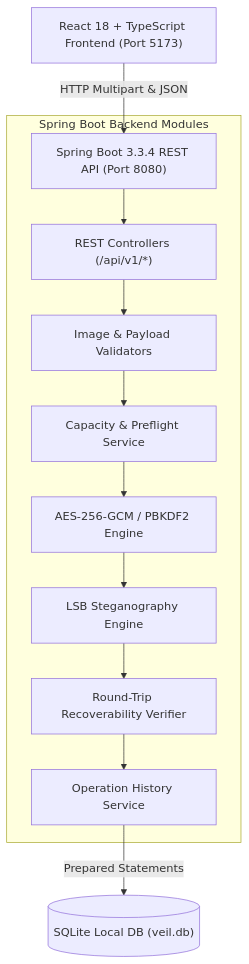
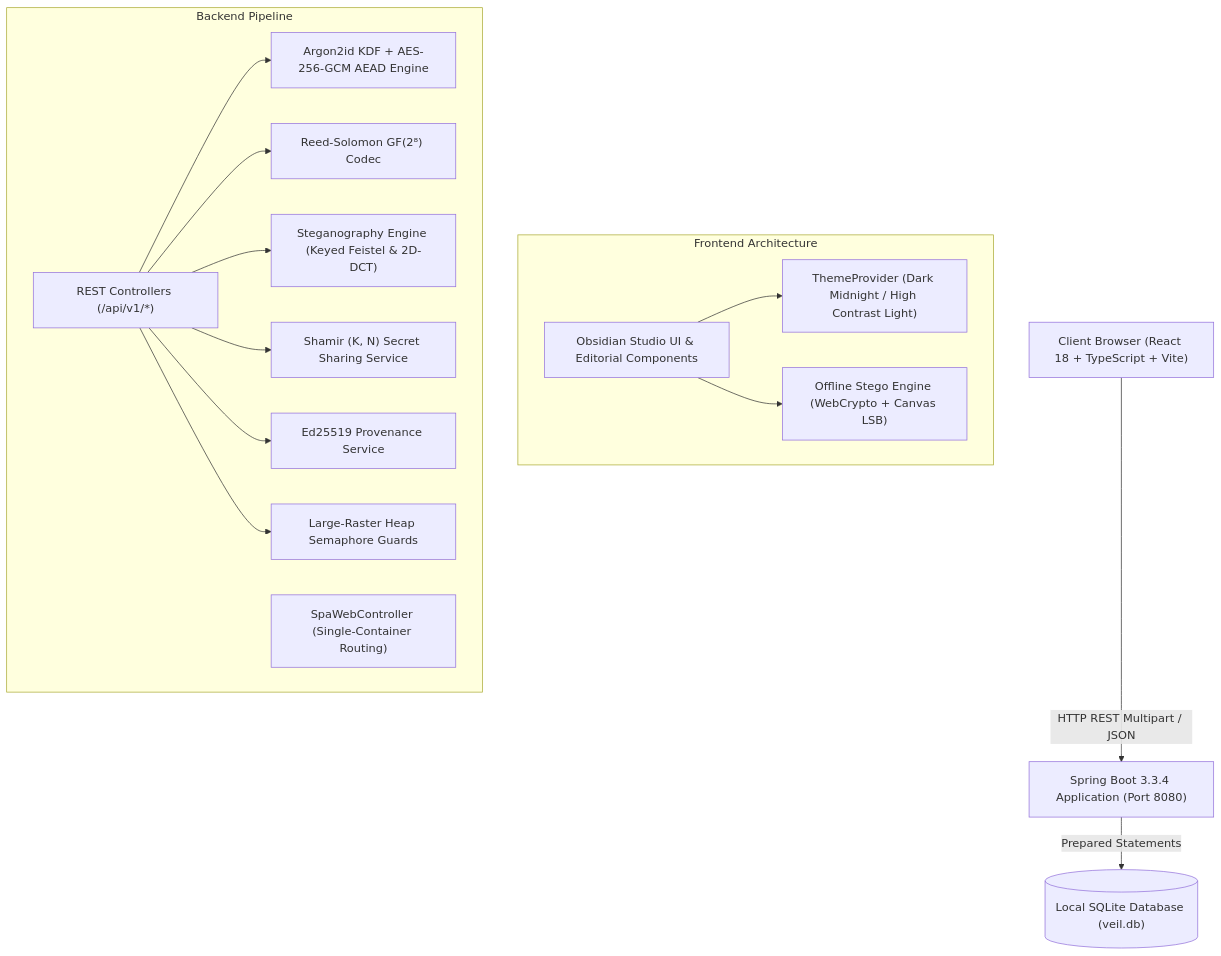
Before and after one commit to Alok-Yadav25/VEIL: the diagram in README.md, drawn with Mermaid. The commit also changed other lines of this file and 140 other files, not shown here.

Commit message:
feat: obsidian-grade privacy studio, dual themes, free cloud deployment, and test suite

````diff
--- a/README.md
+++ b/README.md
@@ -45,19 +141,34 @@
 ```mermaid
 flowchart TD
-    User["React 18 + TypeScript Frontend (Port 5173)"]
-    API["Spring Boot 3.3.4 REST API (Port 8080)"]
+    Client["Client Browser (React 18 + TypeScript + Vite)"]
     
-    User -->|HTTP Multipart & JSON| API
-    
-    subgraph Spring Boot Backend Modules
-        API --> Controller["REST Controllers (/api/v1/*)"]
-        Controller --> Validator["Image & Payload Validators"]
-        Validator --> Capacity["Capacity & Preflight Service"]
-        Capacity --> Crypto["AES-256-GCM / PBKDF2 Engine"]
-        Crypto --> Stego["LSB Steganography Engine"]
-        Stego --> Verify["Round-Trip Recoverability Verifier"]
-        Verify --> History["Operation History Service"]
+    subgraph Frontend Architecture
+        UI["Obsidian Studio UI & Editorial Components"]
+        Theme["ThemeProvider (Dark Midnight / High Contrast Light)"]
+        OfflineEngine["Offline Stego Engine (WebCrypto + Canvas LSB)"]
+        UI --> Theme
+        UI --> OfflineEngine
     end
     
-    History -->|Prepared Statements| DB[("SQLite Local DB (veil.db)")]
+    Client -->|HTTP REST Multipart / JSON| Backend["Spring Boot 3.3.4 Application (Port 8080)"]
+    
+    subgraph Backend Pipeline
+        Controller["REST Controllers (/api/v1/*)"]
+        SpaCtrl["SpaWebController (Single-Container Routing)"]
+        Crypto["Argon2id KDF + AES-256-GCM AEAD Engine"]
+        FEC["Reed-Solomon GF(2⁸) Codec"]
+        StegoEngine["Steganography Engine (Keyed Feistel & 2D-DCT)"]
+        Sharding["Shamir (K, N) Secret Sharing Service"]
+        Provenance["Ed25519 Provenance Service"]
+        MemoryGuard["Large-Raster Heap Semaphore Guards"]
+        
+        Controller --> Crypto
+        Controller --> FEC
+        Controller --> StegoEngine
+        Controller --> Sharding
+        Controller --> Provenance
+        Controller --> MemoryGuard
+    end
+    
+    Backend -->|Prepared Statements| DB[("Local SQLite Database (veil.db)")]
 ```
````
